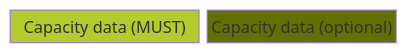
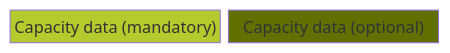
The fourth of 12 diagrams in docs-kits/kits/DCM-Kit/page_development-view.md (eclipse-tractusx/eclipse-tractusx.github.io), drawn with Mermaid before and after one commit. The commit also changed other lines of this file, not shown here.

````diff
--- a/docs-kits/kits/DCM-Kit/page_development-view.md
+++ b/docs-kits/kits/DCM-Kit/page_development-view.md
@@ -169,5 +179,5 @@
 ```mermaid
 block-beta
-A["Capacity data (MUST)"] style A fill:#B3CB2D,color:#F4F2F3
+A["Capacity data (mandatory)"] style A fill:#B3CB2D,color:#000000
 B["Capacity data (optional)"] style B fill:#617000,color:#F4F2F3
 ```
````
